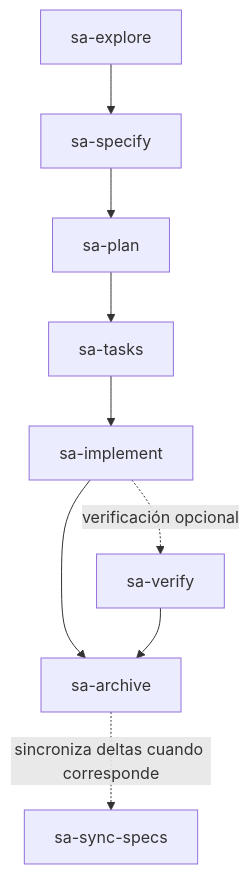
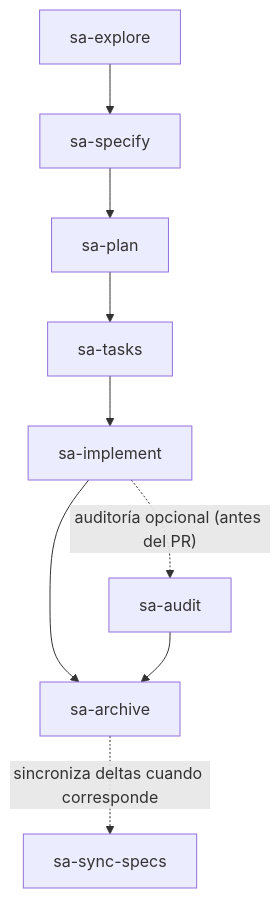
Before and after one commit to dariopalminio/specagile: the diagram in docs/architecture/diagrams/main-skills-flowchart.mermaid, drawn with Mermaid. The commit also changed 59 other files, not shown here.

First line of the commit message:
Feat/rename verify to audit (#11)

```diff
--- a/docs/architecture/diagrams/main-skills-flowchart.mermaid
+++ b/docs/architecture/diagrams/main-skills-flowchart.mermaid
@@ -1,9 +1,9 @@
 flowchart TD
     E["sa-explore"] --> S["sa-specify"]
     S --> P["sa-plan"]
     P --> T["sa-tasks"]
     T--> I["sa-implement"]
-    I -. "verificación opcional" .-> V["sa-verify"]
+    I -. "auditoría opcional (antes del PR)" .-> V["sa-audit"]
     I --> A["sa-archive"]
     V --> A
     A -. "sincroniza deltas cuando corresponde" .-> Y["sa-sync-specs"]
```
